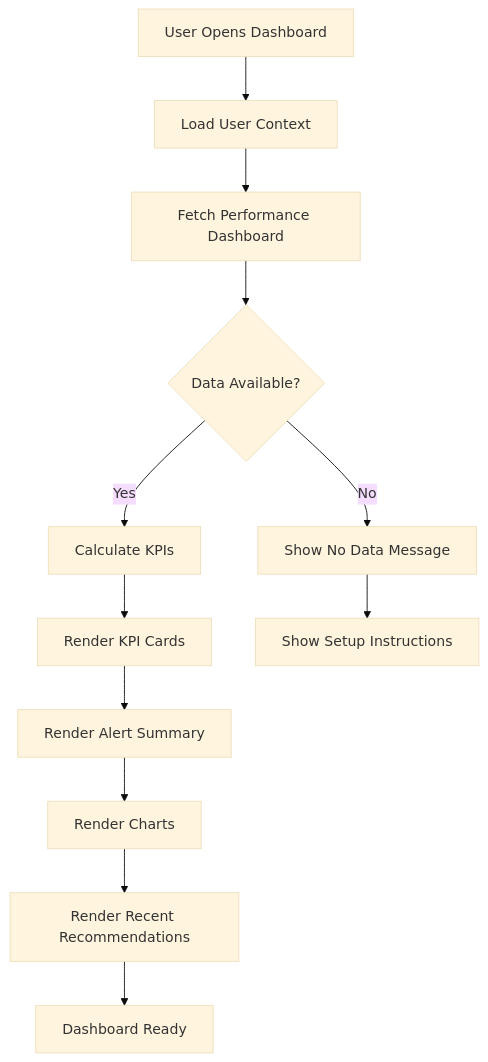
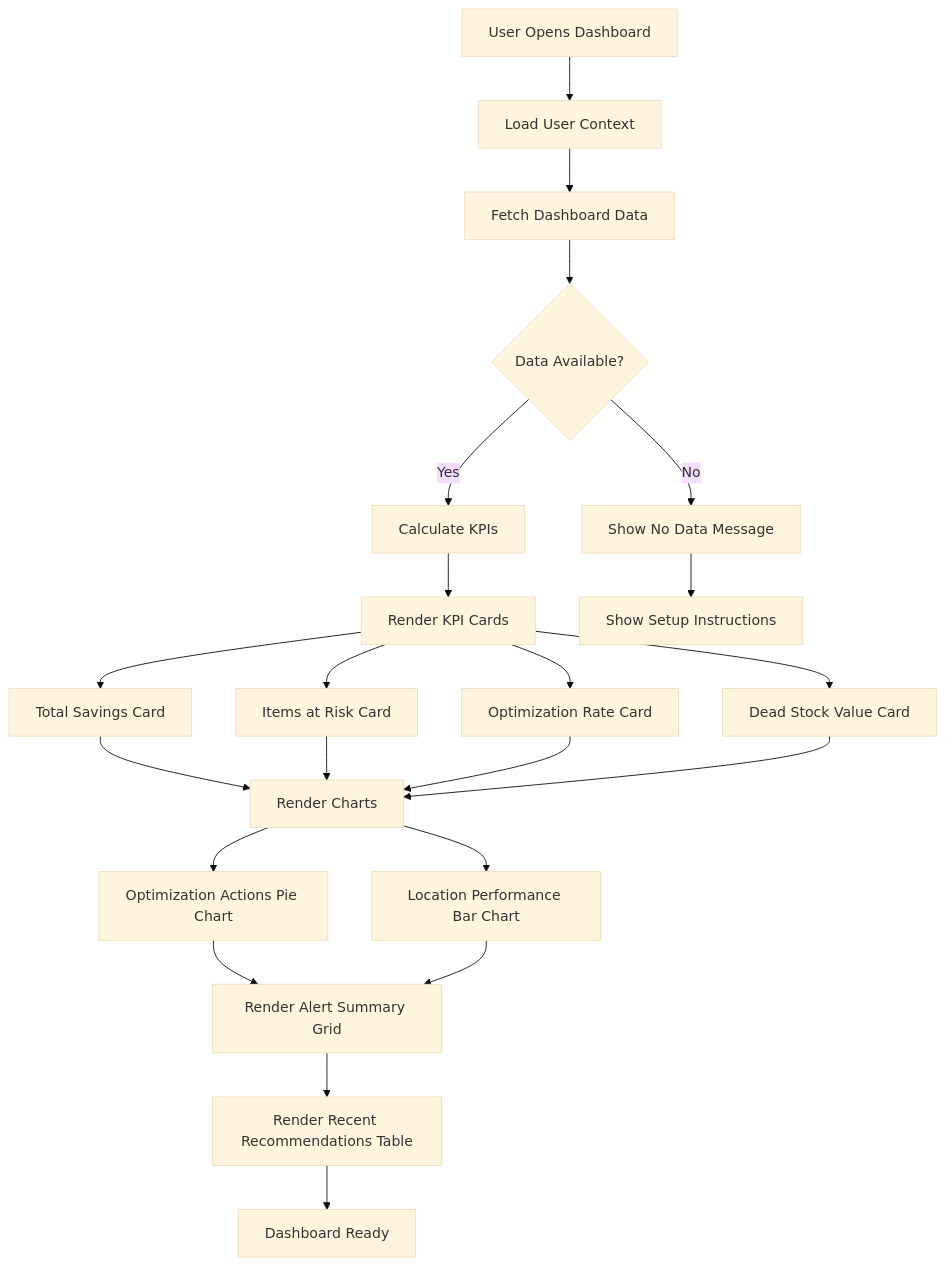
The third of 32 diagrams in docs/app/operational-planning/inventory-planning/FD-inventory-planning.md (PeakMNA/carmen), drawn with Mermaid (base theme) before and after one commit. The commit also changed other lines of this file and 473 other files, not shown here.

````diff
--- a/docs/app/operational-planning/inventory-planning/FD-inventory-planning.md
+++ b/docs/app/operational-planning/inventory-planning/FD-inventory-planning.md
@@ -41,17 +63,31 @@
 ```mermaid
 graph TB
     A[User Opens Dashboard] --> B[Load User Context]
-    B --> C[Fetch Performance Dashboard]
+    B --> C[Fetch Dashboard Data]
     C --> D{Data Available?}
 
     D -->|Yes| E[Calculate KPIs]
     D -->|No| F[Show No Data Message]
 
     E --> G[Render KPI Cards]
-    G --> H[Render Alert Summary]
-    H --> I[Render Charts]
-    I --> J[Render Recent Recommendations]
-    J --> K[Dashboard Ready]
+    G --> H[Total Savings Card]
+    G --> I[Items at Risk Card]
+    G --> J[Optimization Rate Card]
+    G --> K[Dead Stock Value Card]
 
-    F --> L[Show Setup Instructions]
+    H --> L[Render Charts]
+    I --> L
+    J --> L
+    K --> L
+
+    L --> M[Optimization Actions Pie Chart]
+    L --> N[Location Performance Bar Chart]
+
+    M --> O[Render Alert Summary Grid]
+    N --> O
+
+    O --> P[Render Recent Recommendations Table]
+    P --> Q[Dashboard Ready]
+
+    F --> R[Show Setup Instructions]
 ```
````
